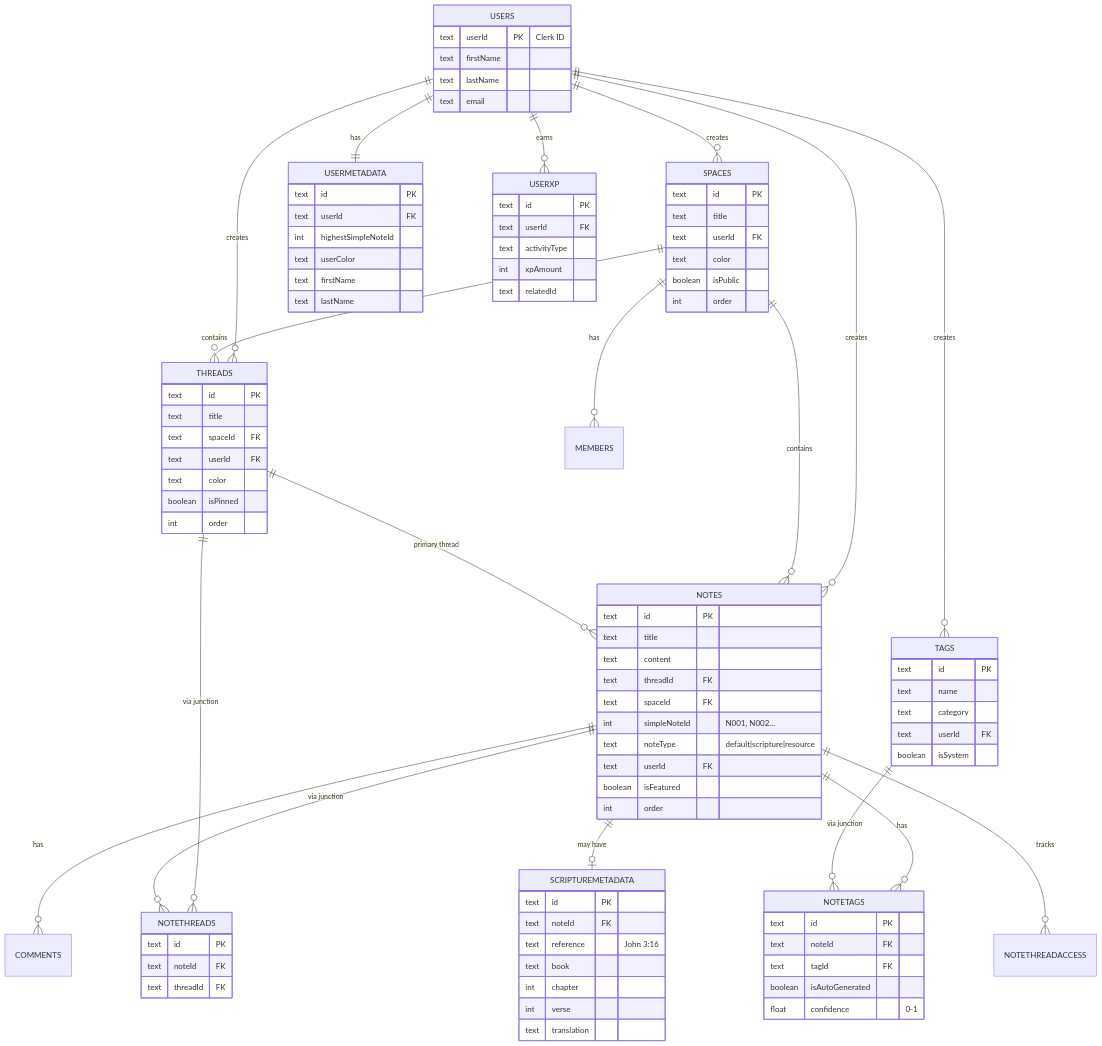
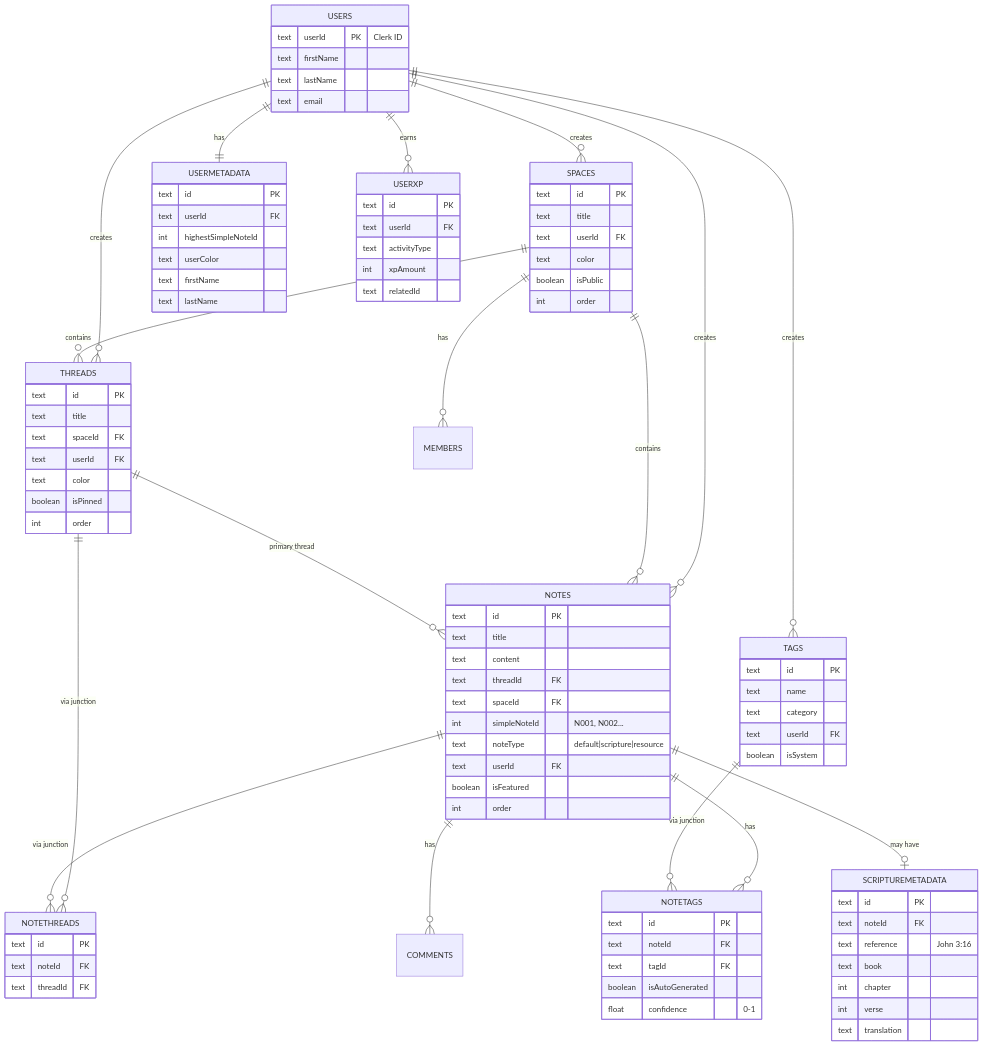
The third of 9 diagrams in README.md (harvouscom/harvous), drawn with Mermaid before and after one commit. The commit also changed other lines of this file, not shown here.

First line of the commit message:
docs: update README to reflect architecture simplification

```diff
--- a/README.md
+++ b/README.md
@@ -181,7 +179,6 @@
     NOTES ||--o{ NOTETAGS : has
     NOTES ||--o{ COMMENTS : has
     NOTES ||--o| SCRIPTUREMETADATA : "may have"
-    NOTES ||--o{ NOTETHREADACCESS : tracks
 
     TAGS ||--o{ NOTETAGS : "via junction"
 
```
